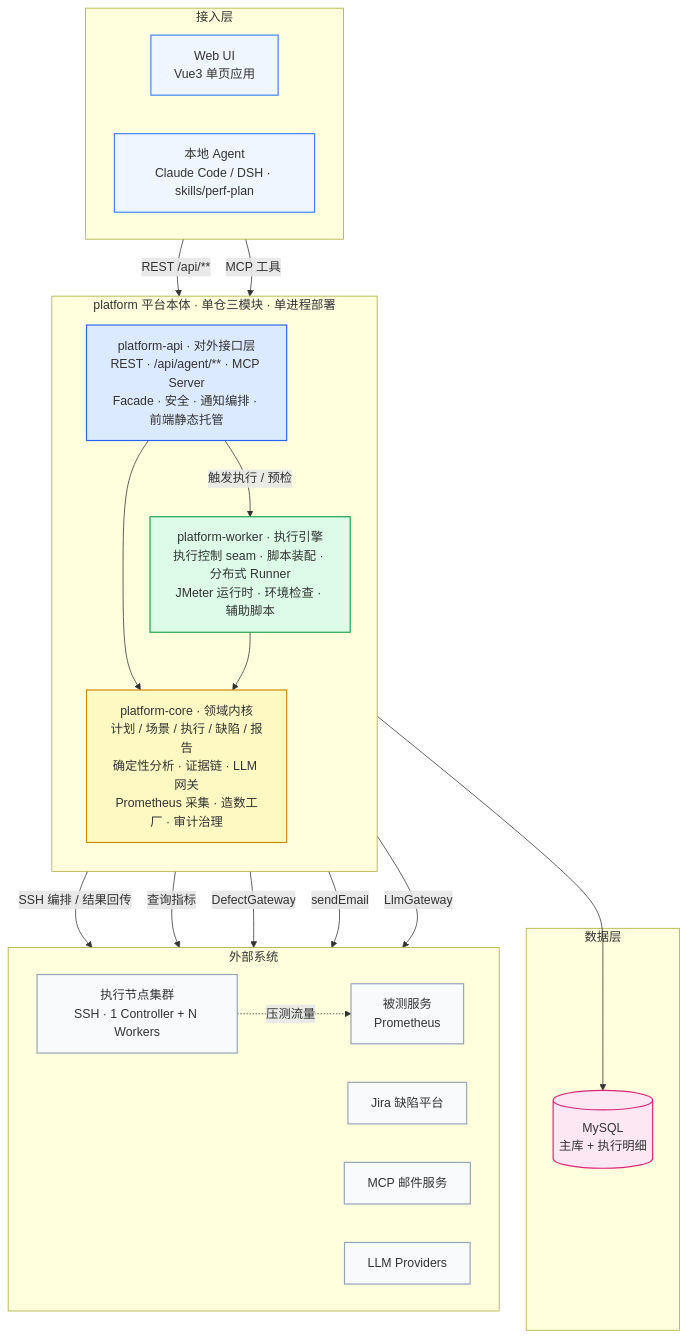
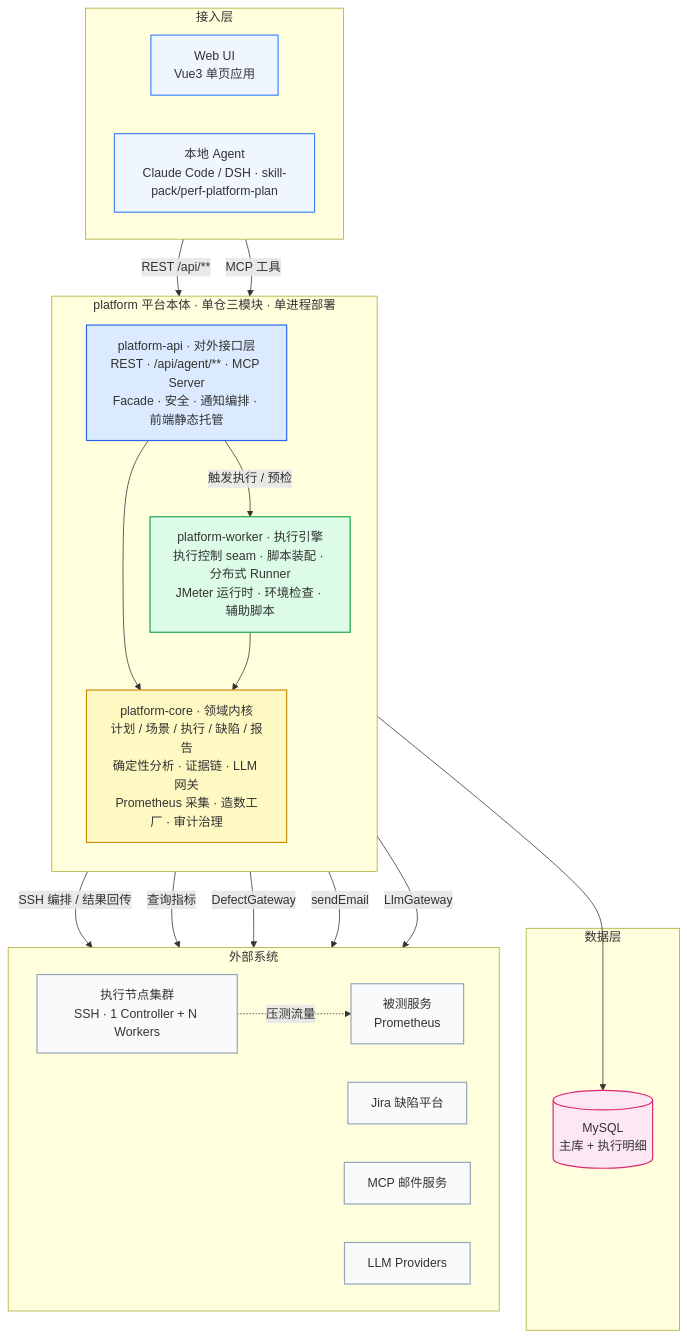
Before and after one commit to wangk123/performance-test-platform: the first of 3 diagrams in docs/architecture-and-roadmap.md, drawn with Mermaid. The commit also changed other lines of this file and 1 other file, not shown here.

Commit message:
docs：P0-2 设计修订（P0-1 已合并回填）——①五工具契约按实际服务面对齐（§6）：TaskPlanService 增 initialMarkdown 重载、plan_get 全文即内容、plan_query 工具层过滤分页；§6.1 服务层细节定稿：机器身份合成 agent Actor、MCP 错误码 PLAN_* 词表与 details 负载通道；③定名 perf-platform-plan，roadmap D3 措辞同步

````diff
--- a/docs/architecture-and-roadmap.md
+++ b/docs/architecture-and-roadmap.md
@@ -42,54 +42,54 @@
 ```mermaid
 flowchart TB
     subgraph ACCESS["接入层"]
         direction LR
         WEB["Web UI<br/>Vue3 单页应用"]
-        AGENT["本地 Agent<br/>Claude Code / DSH · skills/perf-plan"]
+        AGENT["本地 Agent<br/>Claude Code / DSH · skill-pack/perf-platform-plan"]
     end
 
     subgraph PLATFORM["platform 平台本体 · 单仓三模块 · 单进程部署"]
         direction TB
         API["platform-api · 对外接口层<br/>REST · /api/agent/** · MCP Server<br/>Facade · 安全 · 通知编排 · 前端静态托管"]
         CORE["platform-core · 领域内核<br/>计划 / 场景 / 执行 / 缺陷 / 报告<br/>确定性分析 · 证据链 · LLM 网关<br/>Prometheus 采集 · 造数工厂 · 审计治理"]
         WORKER["platform-worker · 执行引擎<br/>执行控制 seam · 脚本装配 · 分布式 Runner<br/>JMeter 运行时 · 环境检查 · 辅助脚本"]
         API --> CORE
         API -->|"触发执行 / 预检"| WORKER
         WORKER --> CORE
     end
 
     subgraph DATA["数据层"]
         DB[("MySQL<br/>主库 + 执行明细")]
     end
 
     subgraph EXTERNAL["外部系统"]
         direction LR
         NODES["执行节点集群<br/>SSH · 1 Controller + N Workers"]
         PROM["被测服务<br/>Prometheus"]
         JIRA["Jira 缺陷平台"]
         MAIL["MCP 邮件服务"]
         LLM["LLM Providers"]
     end
 
     WEB -->|"REST /api/**"| API
     AGENT -->|"MCP 工具"| API
     CORE --> DB
     WORKER -->|"SSH 编排 / 结果回传"| NODES
     NODES -. "压测流量" .-> PROM
     CORE -->|"查询指标"| PROM
     API -->|"DefectGateway"| JIRA
     API -->|"sendEmail"| MAIL
     CORE -->|"LlmGateway"| LLM
 
     classDef access fill:#EFF6FF,stroke:#3B82F6,stroke-width:1.5px
     classDef api fill:#DBEAFE,stroke:#2563EB,stroke-width:1.5px
     classDef core fill:#FEF9C3,stroke:#CA8A04,stroke-width:1.5px
     classDef worker fill:#DCFCE7,stroke:#16A34A,stroke-width:1.5px
     classDef data fill:#FCE7F3,stroke:#DB2777,stroke-width:1.5px
     classDef ext fill:#F8FAFC,stroke:#94A3B8,stroke-width:1.5px
     class WEB,AGENT access
     class API api
     class CORE core
     class WORKER worker
     class DB data
     class NODES,PROM,JIRA,MAIL,LLM ext
 ```
````
